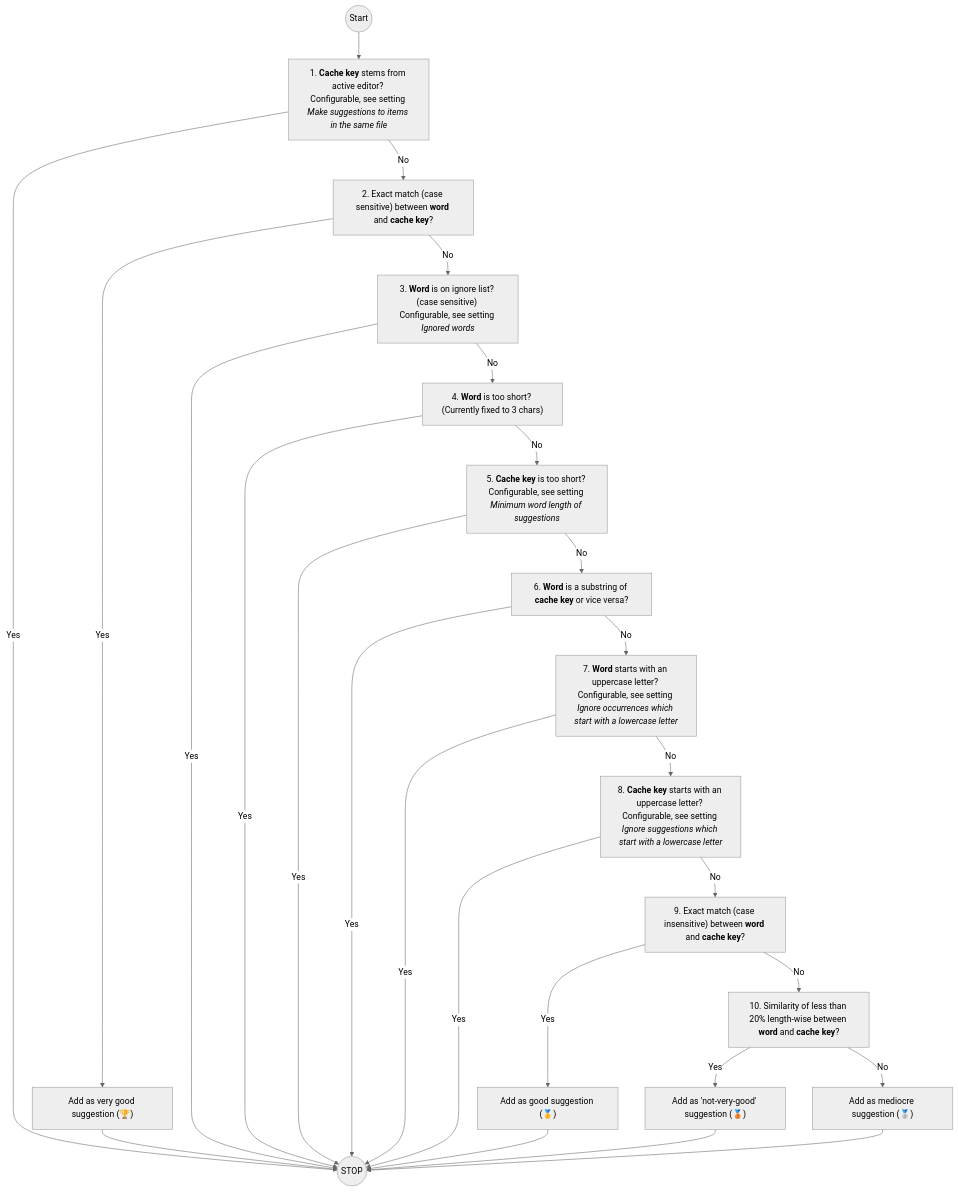
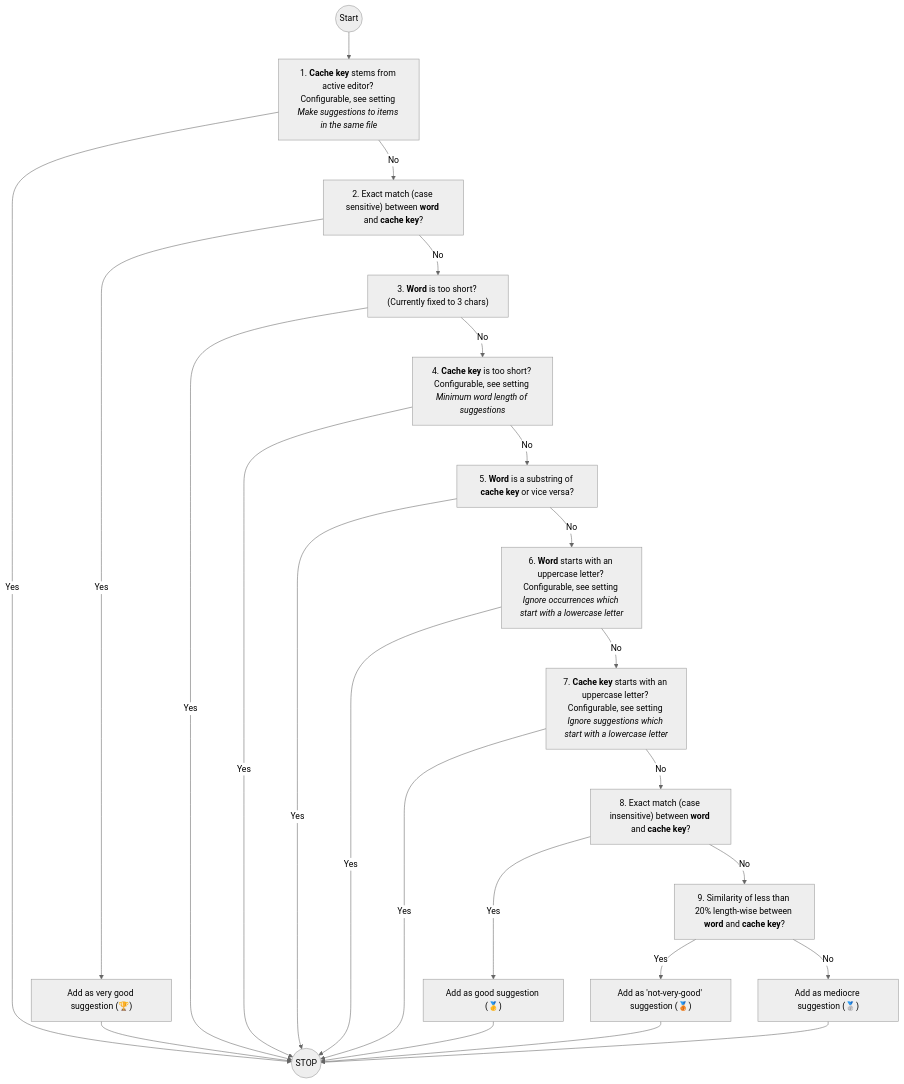
One commit to shoedler/crossbow changed the second of 3 diagrams in README.md. Above: the diagram before and after it, drawn with Mermaid (neutral theme). The commit also changed other lines of this file and 1 other file, not shown here.

Commit message:
Improves suggestion generation performance

````diff
--- a/README.md
+++ b/README.md
@@ -59,53 +59,49 @@
 ```mermaid
 graph TD
     START((Start))
     Q_ACT_EDITOR["1. <b>Cache key</b> stems from active editor? <br>Configurable, see setting <i>Make suggestions to items in the same file</i>"]
     Q_EXCT_MATCH["2. Exact match (case sensitive) between <b>word</b> and <b>cache key</b>?"]
-    Q_WORD_IGNOR["3. <b>Word</b> is on ignore list? (case sensitive) <br>Configurable, see setting <i>Ignored words</i>"]
-    Q_WORD_SHORT["4. <b>Word</b> is too short? (Currently fixed to 3 chars)"]
-    Q_CKEY_SHORT["5. <b>Cache key</b> is too short? <br>Configurable, see setting <i>Minimum word length of suggestions</i>"]
-    Q_IS_SUBSTRG["6. <b>Word</b> is a substring of <b>cache key</b> or vice versa?"]
-    Q_WORD_UCASE["7. <b>Word</b> starts with an uppercase letter? <br>Configurable, see setting <i>Ignore occurrences which start with a lowercase letter</i>"]
-    Q_CKEY_UCASE["8. <b>Cache key</b> starts with an uppercase letter? <br>Configurable, see setting <i>Ignore suggestions which start with a lowercase letter</i>"]
-    Q_MATCH_INSV["9. Exact match (case insensitive) between <b>word</b> and <b>cache key</b>?"]
-    Q_LEN_SIMILR["10. Similarity of less than 20% length-wise between <b>word</b> and <b>cache key</b>?"]
+    Q_WORD_SHORT["3. <b>Word</b> is too short? (Currently fixed to 3 chars)"]
+    Q_CKEY_SHORT["4. <b>Cache key</b> is too short? <br>Configurable, see setting <i>Minimum word length of suggestions</i>"]
+    Q_IS_SUBSTRG["5. <b>Word</b> is a substring of <b>cache key</b> or vice versa?"]
+    Q_WORD_UCASE["6. <b>Word</b> starts with an uppercase letter? <br>Configurable, see setting <i>Ignore occurrences which start with a lowercase letter</i>"]
+    Q_CKEY_UCASE["7. <b>Cache key</b> starts with an uppercase letter? <br>Configurable, see setting <i>Ignore suggestions which start with a lowercase letter</i>"]
+    Q_MATCH_INSV["8. Exact match (case insensitive) between <b>word</b> and <b>cache key</b>?"]
+    Q_LEN_SIMILR["9. Similarity of less than 20% length-wise between <b>word</b> and <b>cache key</b>?"]
 
     STOP((STOP))
 
     SUCCESS_1["Add as very good suggestion (🏆)"]
     SUCCESS_2["Add as good suggestion (🥇)"]
     SUCCESS_3["Add as mediocre suggestion (🥈)"]
     SUCCESS_4["Add as 'not-very-good' suggestion (🥉)"]
 
 
     START --> Q_ACT_EDITOR
 
     Q_ACT_EDITOR -- Yes --> STOP
     Q_ACT_EDITOR -- No --> Q_EXCT_MATCH
 
     Q_EXCT_MATCH -- Yes --> SUCCESS_1 --> STOP
-    Q_EXCT_MATCH -- No --> Q_WORD_IGNOR
-
-    Q_WORD_IGNOR -- Yes --> STOP
-    Q_WORD_IGNOR -- No --> Q_WORD_SHORT
+    Q_EXCT_MATCH -- No --> Q_WORD_SHORT
 
     Q_WORD_SHORT -- Yes --> STOP
     Q_WORD_SHORT -- No --> Q_CKEY_SHORT
 
     Q_CKEY_SHORT -- Yes --> STOP
     Q_CKEY_SHORT -- No --> Q_IS_SUBSTRG
 
     Q_IS_SUBSTRG -- Yes --> STOP
     Q_IS_SUBSTRG -- No --> Q_WORD_UCASE
 
     Q_WORD_UCASE -- Yes --> STOP
     Q_WORD_UCASE -- No --> Q_CKEY_UCASE
 
     Q_CKEY_UCASE -- Yes --> STOP
     Q_CKEY_UCASE -- No --> Q_MATCH_INSV
 
     Q_MATCH_INSV -- Yes --> SUCCESS_2 --> STOP
     Q_MATCH_INSV -- No --> Q_LEN_SIMILR
     Q_LEN_SIMILR -- Yes --> SUCCESS_4 --> STOP
     Q_LEN_SIMILR -- No --> SUCCESS_3 --> STOP
 ```
````
